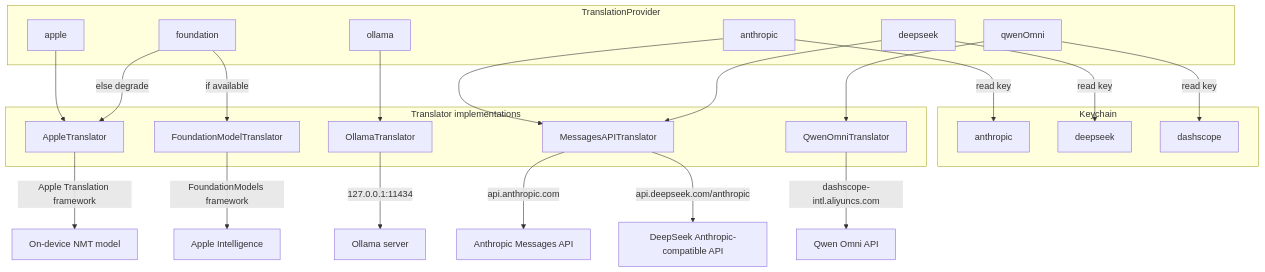
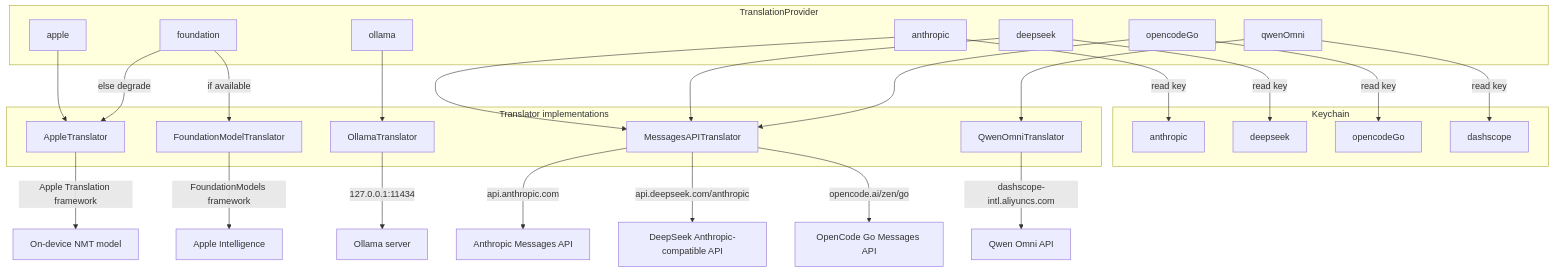
The sixth of 9 diagrams in docs/architecture.md (dautroc/tsuyaku), drawn with Mermaid before and after one commit. The commit also changed other lines of this file and 6 other files, not shown here.

First line of the commit message:
feat: add OpenCode Go text translation backend

````diff
--- a/docs/architecture.md
+++ b/docs/architecture.md
@@ -460,43 +461,48 @@
 ```mermaid
 flowchart TB
     subgraph Keychain["Keychain"]
         AnthropicKey["anthropic"]
         DeepSeekKey["deepseek"]
+        OpenCodeGoKey["opencodeGo"]
         DashscopeKey["dashscope"]
     end
 
     subgraph Providers["TranslationProvider"]
         Apple["apple"]
         Foundation["foundation"]
         Ollama["ollama"]
         Anthropic["anthropic"]
         DeepSeek["deepseek"]
+        OpenCodeGo["opencodeGo"]
         QwenOmni["qwenOmni"]
     end
 
     subgraph Backends["Translator implementations"]
         AT["AppleTranslator"]
         FMT["FoundationModelTranslator"]
         OT["OllamaTranslator"]
         MAT["MessagesAPITranslator"]
         QT["QwenOmniTranslator"]
     end
 
     Apple --> AT
     Foundation -->|if available| FMT
     Foundation -->|else degrade| AT
     Ollama --> OT
     Anthropic -->|read key| AnthropicKey
     Anthropic --> MAT
     DeepSeek -->|read key| DeepSeekKey
     DeepSeek --> MAT
+    OpenCodeGo -->|read key| OpenCodeGoKey
+    OpenCodeGo --> MAT
     QwenOmni -->|read key| DashscopeKey
     QwenOmni --> QT
 
     MAT -->|api.anthropic.com| AnthropicCloud["Anthropic Messages API"]
     MAT -->|api.deepseek.com/anthropic| DeepSeekCloud["DeepSeek Anthropic-compatible API"]
+    MAT -->|opencode.ai/zen/go| OpenCodeGoCloud["OpenCode Go Messages API"]
     QT -->|dashscope-intl.aliyuncs.com| QwenCloud["Qwen Omni API"]
     OT -->|127.0.0.1:11434| OllamaServer["Ollama server"]
     AT -->|Apple Translation framework| OnDeviceNMT["On-device NMT model"]
     FMT -->|FoundationModels framework| AppleIntelligence["Apple Intelligence"]
 ```
````
